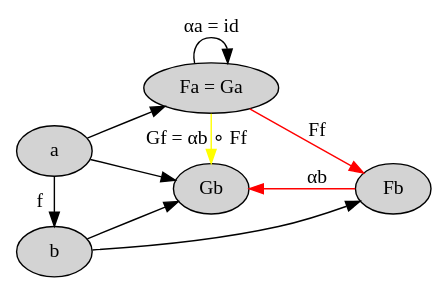
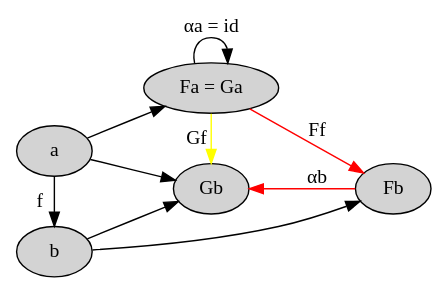
The diagram in chapter17-challenge1-part3.dot (evenbrenden/ct4p-challenges), drawn with Graphviz before and after one commit. The commit also changed 14 other files, not shown here.

```diff
--- a/chapter17-challenge1-part3.dot
+++ b/chapter17-challenge1-part3.dot
@@ -1,23 +1,23 @@
 digraph {
   node [style="filled" color="black" fillcolor="lightgray"]
 
   rankdir=LR
   { rank=same a b }
   { rank=same Gb FaGa }
 
   a [label="a"]
   b [label="b"]
   Fb [label="Fb"]
   Gb [label="Gb"]
   FaGa [label="Fa = Ga"]
 
   a -> b [label="f"]
   a -> Gb
   a -> FaGa
   b -> Fb
   b -> Gb
   FaGa -> FaGa [label="αa = id"]
   FaGa -> Fb [label="Ff" color="red"]
   Fb -> Gb [label="αb" color="red"]
-  FaGa -> Gb [label="Gf = αb ∘ Ff" color="yellow"]
+  FaGa -> Gb [label="Gf" color="yellow"]
 }
```
